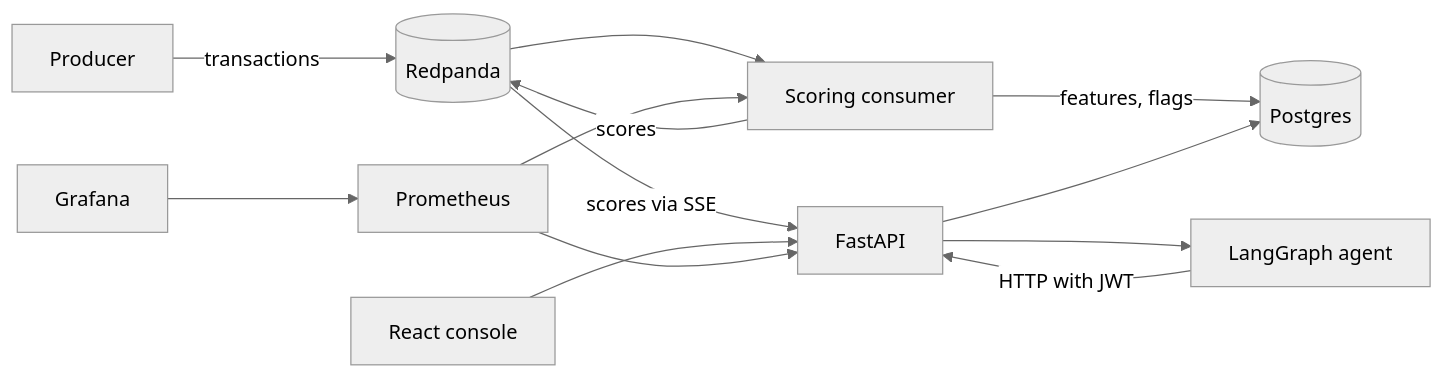
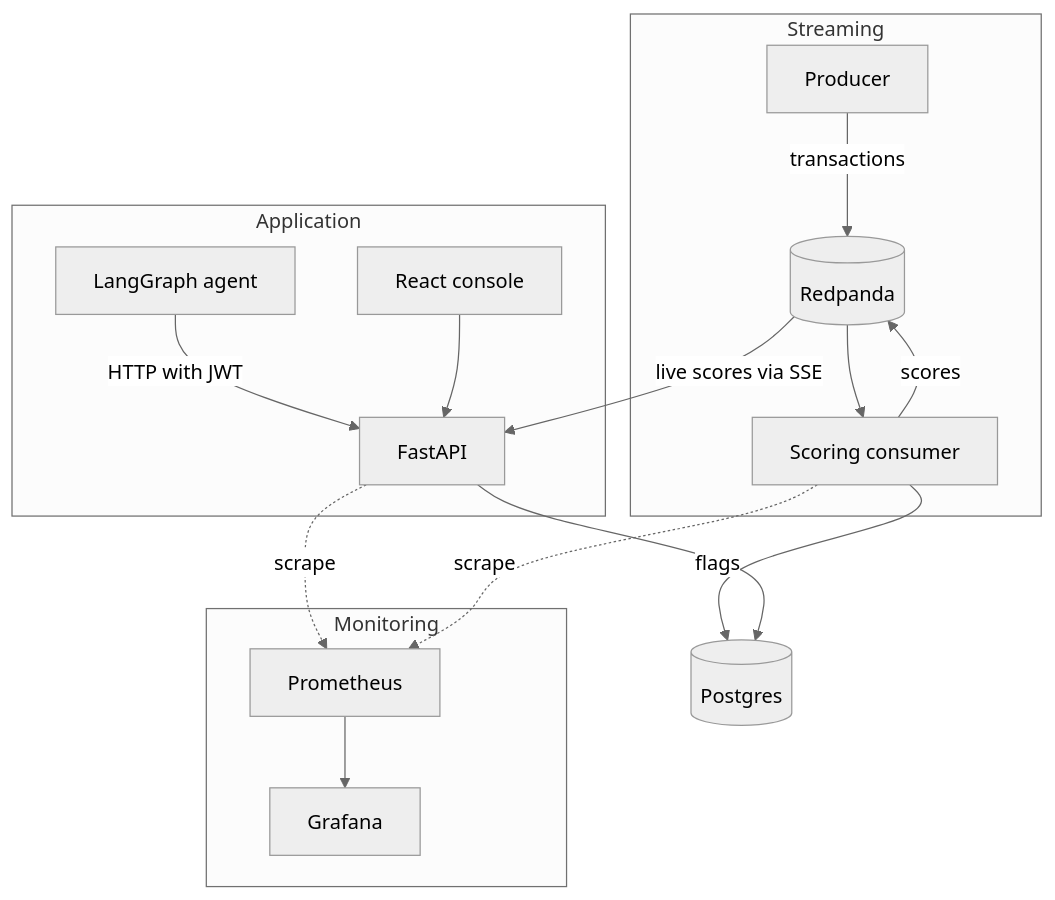
The diagram in README.md (mounikagajja/sentinelbank), drawn with Mermaid (neutral theme) before and after one commit.

Commit message:
Readme.md fix

````diff
--- a/README.md
+++ b/README.md
@@ -18,15 +18,26 @@
 ```mermaid
-flowchart LR
-    P[Producer] -->|transactions| R[(Redpanda)]
-    R --> C[Scoring consumer]
-    C -->|features, flags| DB[(Postgres)]
-    C -->|scores| R
-    API[FastAPI] --> DB
-    R -->|scores via SSE| API
-    AG[LangGraph agent] -->|HTTP with JWT| API
-    API --> AG
-    UI[React console] --> API
-    PR[Prometheus] --> API
-    PR --> C
-    G[Grafana] --> PR
+flowchart TD
+    subgraph ingest[Streaming]
+        P[Producer] -->|transactions| R[(Redpanda)]
+        R --> C[Scoring consumer]
+        C -->|scores| R
+    end
+
+    subgraph app[Application]
+        API[FastAPI]
+        AG[LangGraph agent]
+        UI[React console]
+        AG -->|HTTP with JWT| API
+        UI --> API
+    end
+
+    subgraph ops[Monitoring]
+        PR[Prometheus] --> G[Grafana]
+    end
+
+    C -->|flags| DB[(Postgres)]
+    API --> DB
+    R -->|live scores via SSE| API
+    API -.->|scrape| PR
+    C -.->|scrape| PR
 ```
````
